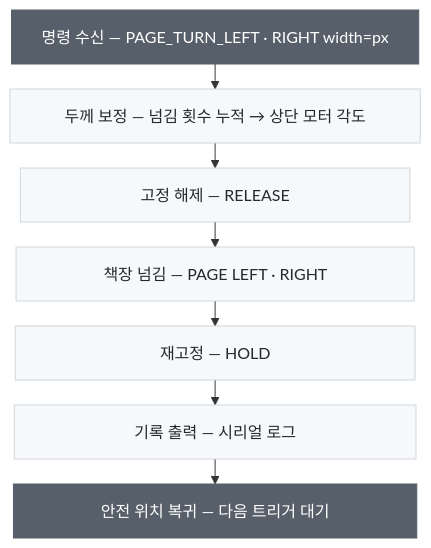
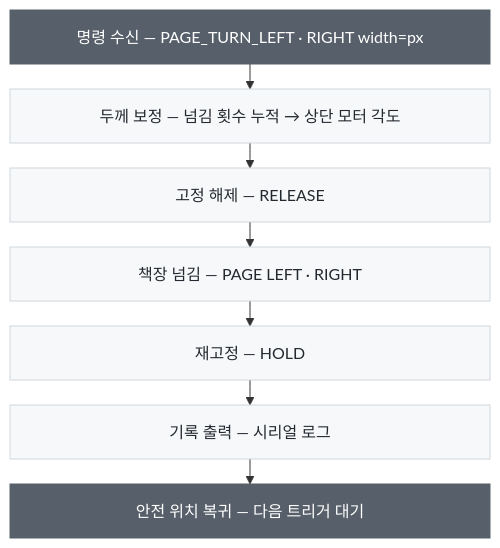
One commit to YOOBIN-AN/gaze-page-turner changed the first of 3 diagrams in page-actuator/README.md. Above: the diagram before and after it, drawn with Mermaid.

Commit message:
Fix process flow box width with CSS instead of padding

````diff
--- a/page-actuator/README.md
+++ b/page-actuator/README.md
@@ -91,15 +91,15 @@
 ```mermaid
 %%{init: {'flowchart': {'wrappingWidth': 600, 'rankSpacing': 25}}}%%
 flowchart TD
-    T["명령 수신 — PAGE_TURN_LEFT · RIGHT width=px"] --> C["#nbsp;#nbsp;#nbsp;#nbsp;#nbsp;#nbsp;두께 보정 — 넘김 횟수 누적 → 상단 모터 각도#nbsp;#nbsp;#nbsp;#nbsp;#nbsp;#nbsp;"]
-    C --> R["#nbsp;#nbsp;#nbsp;#nbsp;#nbsp;#nbsp;#nbsp;#nbsp;#nbsp;#nbsp;#nbsp;#nbsp;#nbsp;#nbsp;#nbsp;#nbsp;#nbsp;#nbsp;#nbsp;#nbsp;#nbsp;#nbsp;고정 해제 — RELEASE#nbsp;#nbsp;#nbsp;#nbsp;#nbsp;#nbsp;#nbsp;#nbsp;#nbsp;#nbsp;#nbsp;#nbsp;#nbsp;#nbsp;#nbsp;#nbsp;#nbsp;#nbsp;#nbsp;#nbsp;#nbsp;#nbsp;"]
-    R --> P["#nbsp;#nbsp;#nbsp;#nbsp;#nbsp;#nbsp;#nbsp;#nbsp;#nbsp;#nbsp;#nbsp;#nbsp;#nbsp;#nbsp;책장 넘김 — PAGE LEFT · RIGHT#nbsp;#nbsp;#nbsp;#nbsp;#nbsp;#nbsp;#nbsp;#nbsp;#nbsp;#nbsp;#nbsp;#nbsp;#nbsp;#nbsp;"]
-    P --> H["#nbsp;#nbsp;#nbsp;#nbsp;#nbsp;#nbsp;#nbsp;#nbsp;#nbsp;#nbsp;#nbsp;#nbsp;#nbsp;#nbsp;#nbsp;#nbsp;#nbsp;#nbsp;#nbsp;#nbsp;#nbsp;#nbsp;#nbsp;#nbsp;#nbsp;#nbsp;#nbsp;#nbsp;재고정 — HOLD#nbsp;#nbsp;#nbsp;#nbsp;#nbsp;#nbsp;#nbsp;#nbsp;#nbsp;#nbsp;#nbsp;#nbsp;#nbsp;#nbsp;#nbsp;#nbsp;#nbsp;#nbsp;#nbsp;#nbsp;#nbsp;#nbsp;#nbsp;#nbsp;#nbsp;#nbsp;#nbsp;#nbsp;"]
-    H --> L["#nbsp;#nbsp;#nbsp;#nbsp;#nbsp;#nbsp;#nbsp;#nbsp;#nbsp;#nbsp;#nbsp;#nbsp;#nbsp;#nbsp;#nbsp;#nbsp;#nbsp;#nbsp;#nbsp;#nbsp;#nbsp;#nbsp;기록 출력 — 시리얼 로그#nbsp;#nbsp;#nbsp;#nbsp;#nbsp;#nbsp;#nbsp;#nbsp;#nbsp;#nbsp;#nbsp;#nbsp;#nbsp;#nbsp;#nbsp;#nbsp;#nbsp;#nbsp;#nbsp;#nbsp;#nbsp;#nbsp;"]
-    L --> W["#nbsp;#nbsp;#nbsp;#nbsp;#nbsp;#nbsp;#nbsp;#nbsp;#nbsp;#nbsp;#nbsp;#nbsp;#nbsp;#nbsp;안전 위치 복귀 — 다음 트리거 대기#nbsp;#nbsp;#nbsp;#nbsp;#nbsp;#nbsp;#nbsp;#nbsp;#nbsp;#nbsp;#nbsp;#nbsp;#nbsp;#nbsp;"]
+    T["명령 수신 — PAGE_TURN_LEFT · RIGHT width=px"] --> C["두께 보정 — 넘김 횟수 누적 → 상단 모터 각도"]
+    C --> R["고정 해제 — RELEASE"]
+    R --> P["책장 넘김 — PAGE LEFT · RIGHT"]
+    P --> H["재고정 — HOLD"]
+    H --> L["기록 출력 — 시리얼 로그"]
+    L --> W["안전 위치 복귀 — 다음 트리거 대기"]
 
-    classDef io fill:#57606a,stroke:#57606a,color:#fff
-    classDef step fill:#f6f8fa,stroke:#d0d7de,color:#24292f
+    classDef io fill:#57606a,stroke:#57606a,color:#fff,width:480px,x:-240px
+    classDef step fill:#f6f8fa,stroke:#d0d7de,color:#24292f,width:480px,x:-240px
     class T,W io
     class C,R,P,H,L step
 ```
````
